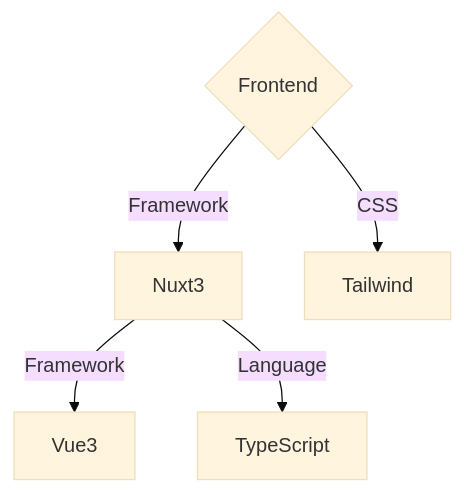
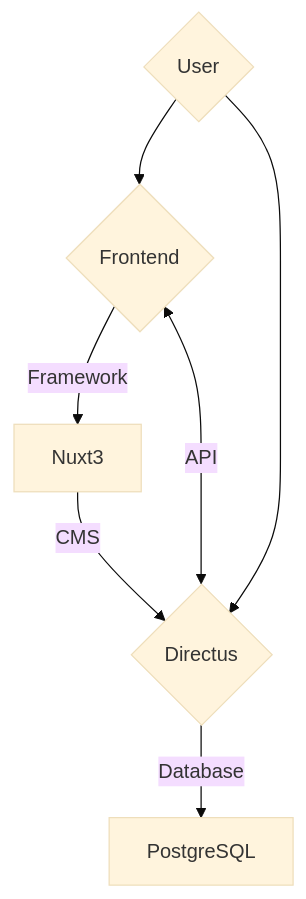
Before and after one commit to taskimatti/taskimatti: the second of 2 diagrams in README.md, drawn with Mermaid (base theme). The commit also changed other lines of this file, not shown here.

`````diff
--- a/README.md
+++ b/README.md
@@ -19,8 +34,10 @@
 ````mermaid
 graph TD
 ;
     Frontend{Frontend} -->|Framework| Nuxt3;
-    Nuxt3 -->|Framework| Vue3;
-    Nuxt3 -->|Language| TypeScript;
-    Frontend -->|CSS| Tailwind;
+    Nuxt3 -->|CMS| Directus{Directus};
+    Directus -->|Database| PostgreSQL;
+    Directus <--> |API| Frontend;
+    User{User} --> Frontend
+    User{User} --> Directus
 ````
`````
